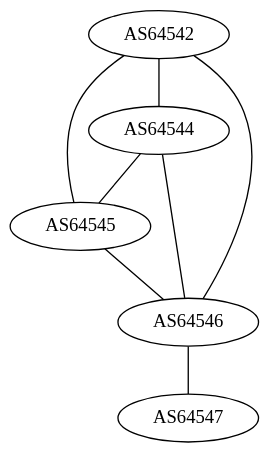
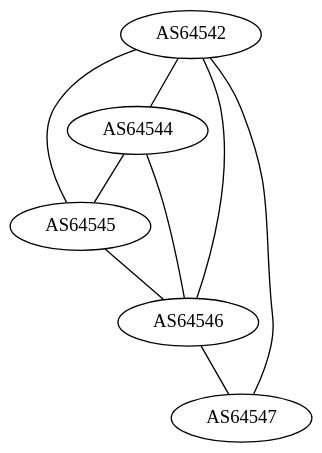
Before and after one commit to GLaNET/resources: the diagram in as-graph.dot, drawn with Graphviz.

Commit message:
New peering between AS64542 and AS64547

```diff
--- a/as-graph.dot
+++ b/as-graph.dot
@@ -1,22 +1,23 @@
 graph GLaNET
 {
         edge [len=2];
         graph [bgcolor=transparent]
 
         //AS64540 [shape=box];
         //AS64540 [label="Caribou Route Server\nAS64540"];
         //AS64540 -- AS64542;
         //AS64540 -- AS64544;
         //AS64540 -- AS64543;
 
         AS64542 -- AS64544; // [label="1"];
         AS64542 -- AS64545;
-        AS64542 -- AS64546
+        AS64542 -- AS64546;
+        AS64542 -- AS64547;
 
         AS64544 -- AS64545;
         AS64544 -- AS64546;
 
         AS64545 -- AS64546;
 
         AS64546 -- AS64547;
 }
```
